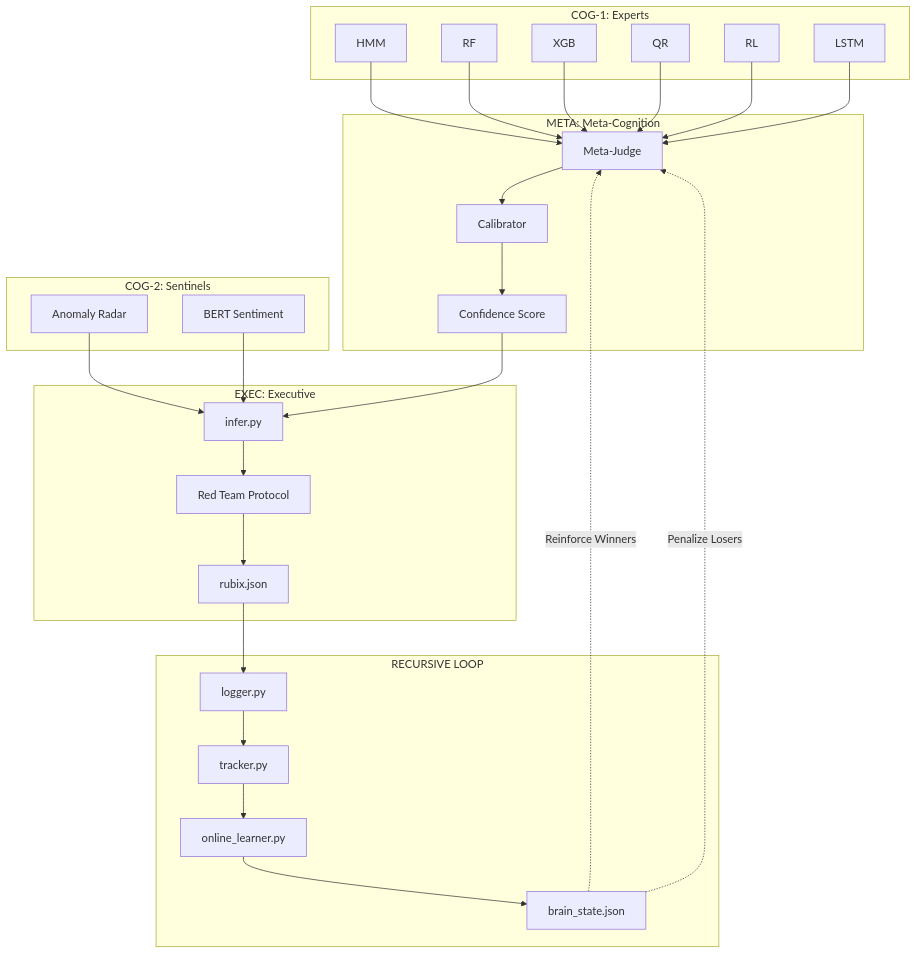
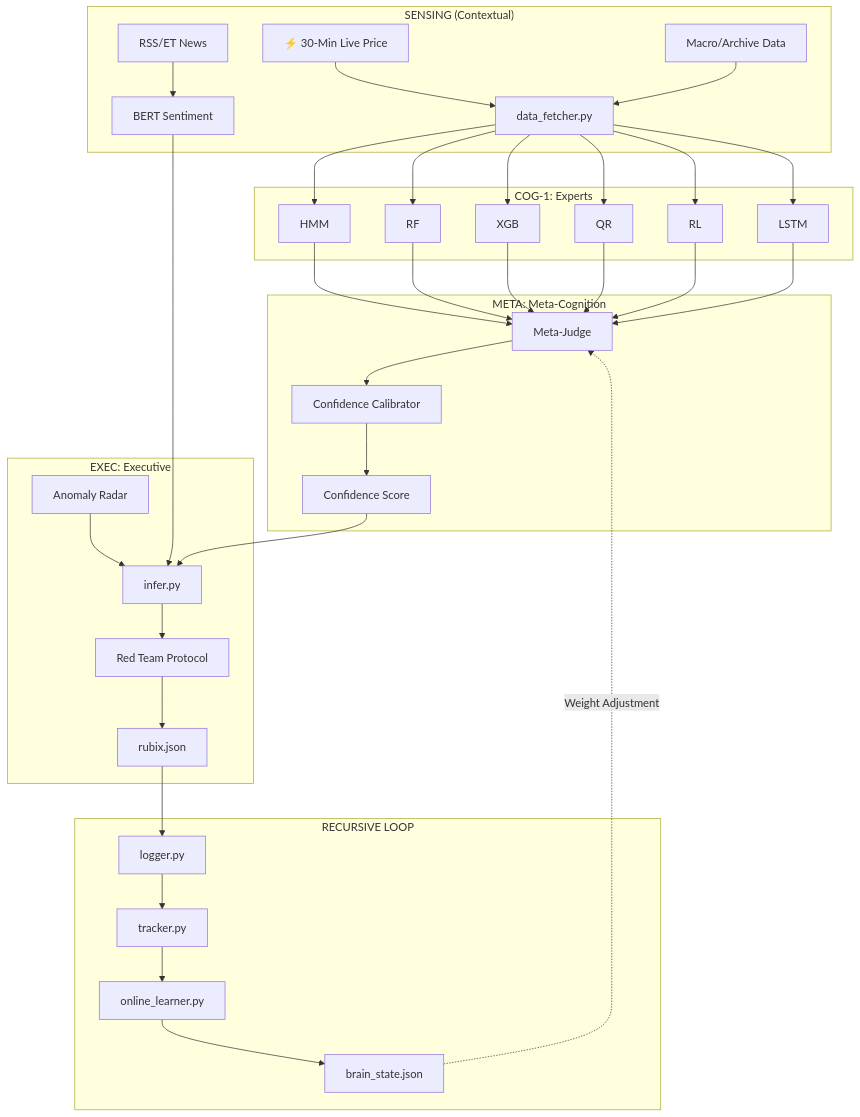
Before and after one commit to pravindev666/Tradyx-Aleph: the third of 4 diagrams in README.md, drawn with Mermaid. The commit also changed other lines of this file, not shown here.

````diff
--- a/README.md
+++ b/README.md
@@ -78,32 +77,37 @@
 ```mermaid
 graph TD
-    subgraph "COG-1: Experts"
-        HMM[HMM] & RF[RF] & XGB[XGB] & QR[QR] & RL[RL] & LSTM[LSTM]
+    subgraph "SENSING (Contextual)"
+        Z_LIVE[⚡ 30-Min Live Price] --> Z_FETCH
+        Z_DATA[Macro/Archive Data] --> Z_FETCH[data_fetcher.py]
+        Z_SENT[RSS/ET News] --> Z_BERT[BERT Sentiment]
     end
 
-    subgraph "COG-2: Sentinels"
-        AE[Anomaly Radar]
-        BERT[BERT Sentiment]
+    subgraph "COG-1: Experts"
+        Z_FETCH --> HMM[HMM]
+        Z_FETCH --> RF[RF]
+        Z_FETCH --> XGB[XGB]
+        Z_FETCH --> QR[QR]
+        Z_FETCH --> RL[RL]
+        Z_FETCH --> LSTM[LSTM]
     end
 
     subgraph "META: Meta-Cognition"
         HMM & RF & XGB & QR & RL & LSTM --> META[Meta-Judge]
-        META --> CAL[Calibrator]
+        META --> CAL[Confidence Calibrator]
         CAL --> JUDGE[Confidence Score]
     end
 
     subgraph "EXEC: Executive"
-        AE & BERT & JUDGE --> INF[infer.py]
+        AE[Anomaly Radar] & Z_BERT & JUDGE --> INF[infer.py]
         INF --> RED[Red Team Protocol]
         RED --> Z_JSON[rubix.json]
     end
 
     subgraph "RECURSIVE LOOP"
         Z_JSON --> LOG[logger.py]
         LOG --> ACC[tracker.py]
         ACC --> LEARN[online_learner.py]
         LEARN --> BRAIN[brain_state.json]
-        BRAIN -.->|Reinforce Winners| META
-        BRAIN -.->|Penalize Losers| META
+        BRAIN -.->|Weight Adjustment| META
     end
 ```
````
